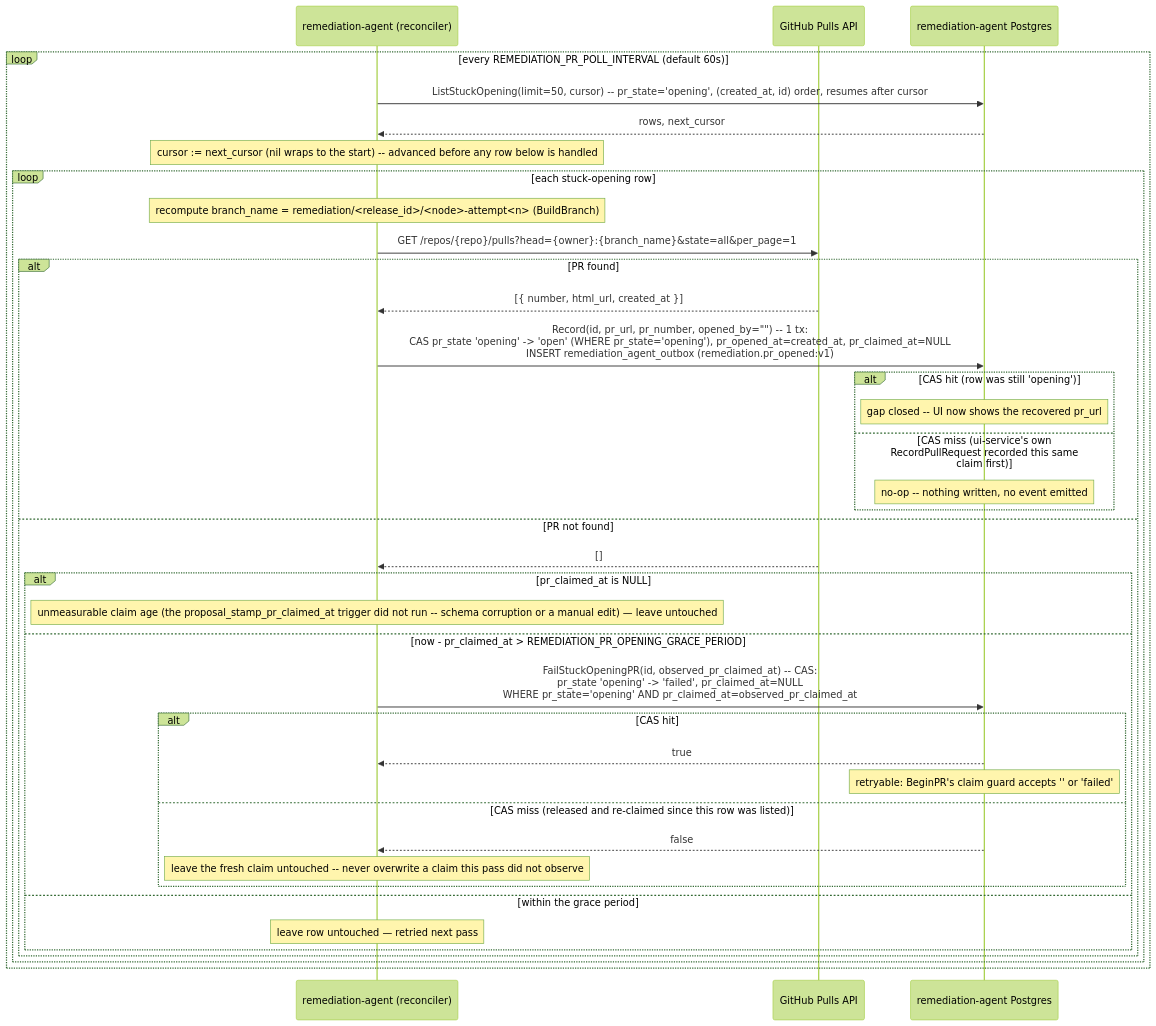
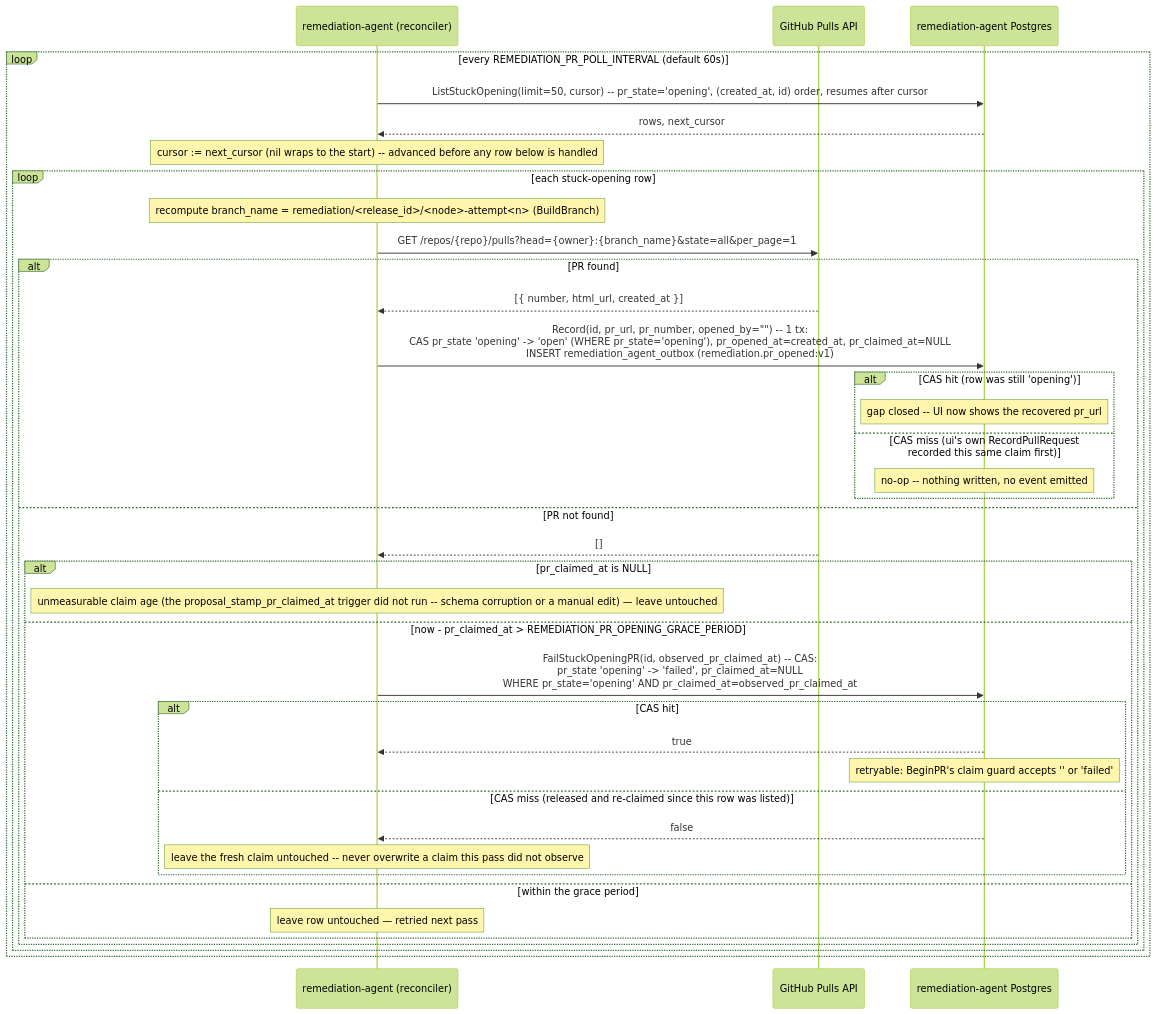
One commit to carolsimone/continuo changed diagram 15 of 15 in docs/arch/03-sequence-flows.md. Above: the diagram before and after it, drawn with Mermaid (forest theme). The commit also changed other lines of this file and 230 other files, not shown here.

````diff
--- a/docs/arch/03-sequence-flows.md
+++ b/docs/arch/03-sequence-flows.md
@@ -743,41 +743,41 @@
 ```mermaid
 sequenceDiagram
   participant RA as remediation-agent (reconciler)
   participant GH as GitHub Pulls API
   participant PG as remediation-agent Postgres
 
   loop every REMEDIATION_PR_POLL_INTERVAL (default 60s)
     RA->>PG: ListStuckOpening(limit=50, cursor) -- pr_state='opening', (created_at, id) order, resumes after cursor
     PG-->>RA: rows, next_cursor
     Note over RA: cursor := next_cursor (nil wraps to the start) -- advanced before any row below is handled
     loop each stuck-opening row
       Note over RA: recompute branch_name = remediation/<release_id>/<node>-attempt<n> (BuildBranch)
       RA->>GH: GET /repos/{repo}/pulls?head={owner}:{branch_name}&state=all&per_page=1
       alt PR found
         GH-->>RA: [{ number, html_url, created_at }]
         RA->>PG: Record(id, pr_url, pr_number, opened_by="") -- 1 tx:<br/>CAS pr_state 'opening' -> 'open' (WHERE pr_state='opening'), pr_opened_at=created_at, pr_claimed_at=NULL<br/>INSERT remediation_agent_outbox (remediation.pr_opened:v1)
         alt CAS hit (row was still 'opening')
           Note over PG: gap closed -- UI now shows the recovered pr_url
-        else CAS miss (ui-service's own RecordPullRequest recorded this same claim first)
+        else CAS miss (ui's own RecordPullRequest recorded this same claim first)
           Note over PG: no-op -- nothing written, no event emitted
         end
       else PR not found
         GH-->>RA: []
         alt pr_claimed_at is NULL
           Note over RA: unmeasurable claim age (the proposal_stamp_pr_claimed_at trigger did not run -- schema corruption or a manual edit) — leave untouched
         else now - pr_claimed_at > REMEDIATION_PR_OPENING_GRACE_PERIOD
           RA->>PG: FailStuckOpeningPR(id, observed_pr_claimed_at) -- CAS:<br/>pr_state 'opening' -> 'failed', pr_claimed_at=NULL<br/>WHERE pr_state='opening' AND pr_claimed_at=observed_pr_claimed_at
           alt CAS hit
             PG-->>RA: true
             Note over PG: retryable: BeginPR's claim guard accepts '' or 'failed'
           else CAS miss (released and re-claimed since this row was listed)
             PG-->>RA: false
             Note over RA: leave the fresh claim untouched -- never overwrite a claim this pass did not observe
           end
         else within the grace period
           Note over RA: leave row untouched — retried next pass
         end
       end
     end
   end
 ```
````
